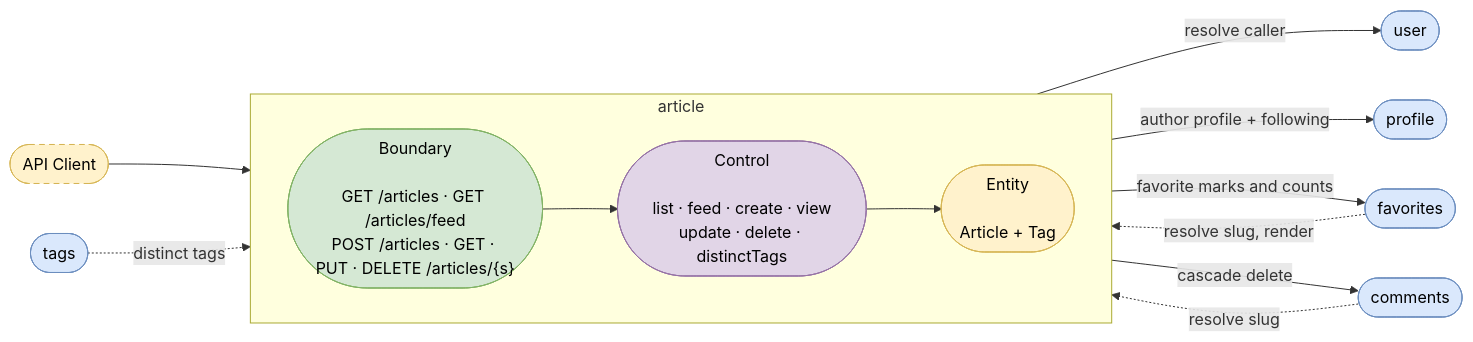
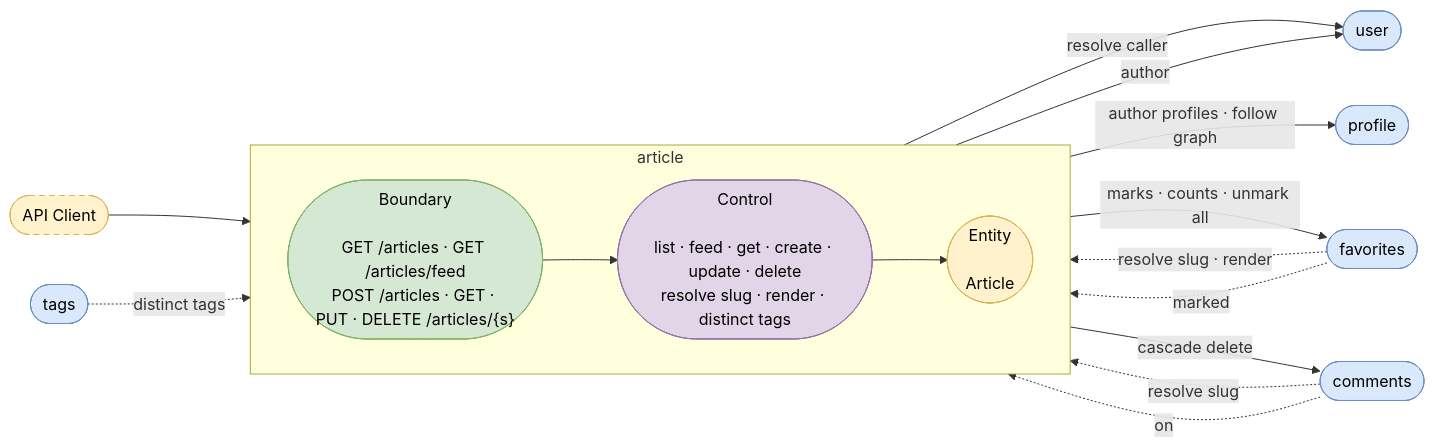
Before and after one commit to dearrudam/sdd4j-realworld-api: the fourth of 7 diagrams in README.md, drawn with Mermaid. The commit also changed other lines of this file, not shown here.

First line of the commit message:
docs(readme): correct per-bc diagram wiring

````diff
--- a/README.md
+++ b/README.md
@@ -104,27 +110,30 @@
 ```mermaid
 graph LR
     client([API Client])
     subgraph article
         direction LR
-        b(["Boundary<br/><br/>GET /articles · GET /articles/feed<br/>POST /articles · GET · PUT · DELETE /articles/{s}"]) --> c(["Control<br/><br/>list · feed · create · view<br/>update · delete · distinctTags"]) --> e(["Entity<br/><br/>Article + Tag"])
+        b(["Boundary<br/><br/>GET /articles · GET /articles/feed<br/>POST /articles · GET · PUT · DELETE /articles/{s}"]) --> c(["Control<br/><br/>list · feed · get · create · update · delete<br/>resolve slug · render · distinct tags"]) --> e(["Entity<br/><br/>Article"])
     end
     client --> b
-    c -->|resolve caller| user([user])
-    c -->|author profile + following| profile([profile])
-    c -->|favorite marks and counts| favorites([favorites])
+    b -->|resolve caller| user([user])
+    c -->|author profiles · follow graph| profile([profile])
+    c -->|marks · counts · unmark all| favorites([favorites])
     c -->|cascade delete| comments([comments])
-    favorites -.->|resolve slug, render| c
+    e -->|author| user
+    favorites -.->|resolve slug · render| c
     comments -.->|resolve slug| c
     tags([tags]) -.->|distinct tags| c
+    favorites -.->|marked| e
+    comments -.->|on| e
 
     classDef ext fill:#fff2cc,stroke:#d6b656,color:#000,stroke-dasharray:5 5
     classDef boundary fill:#d5e8d4,stroke:#82b366,color:#000
     classDef control fill:#e1d5e7,stroke:#9673a6,color:#000
     classDef entity fill:#fff2cc,stroke:#d6b656,color:#000
     classDef bc fill:#dae8fc,stroke:#6c8ebf,color:#000
     class client ext
     class b boundary
     class c control
     class e entity
     class user,profile,favorites,comments,tags bc
 ```
````
